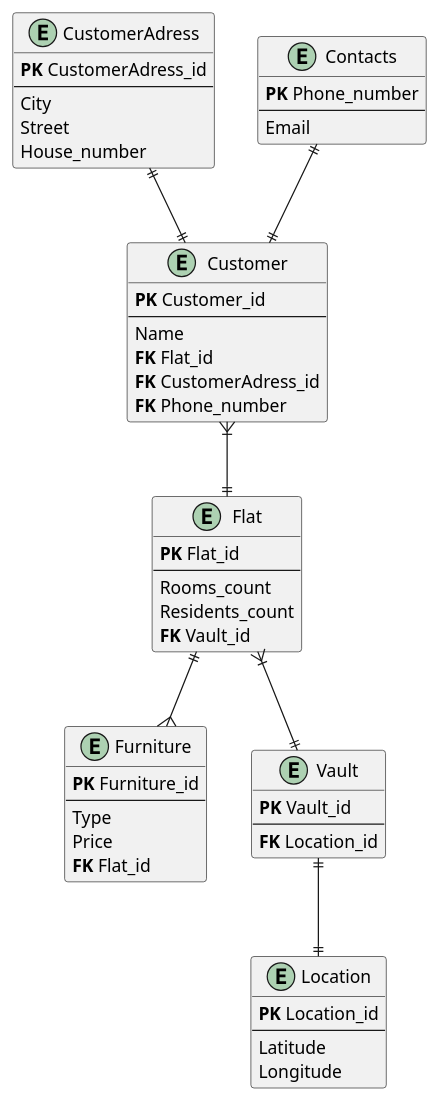
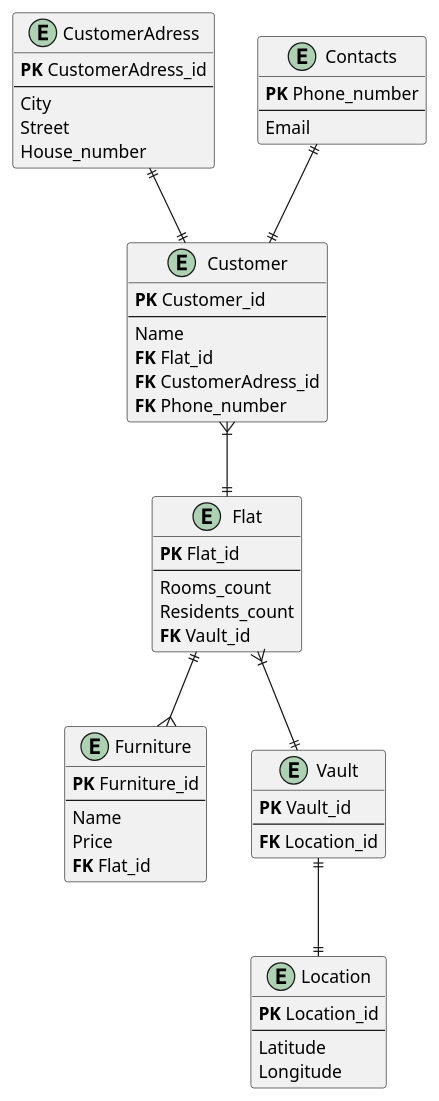
One commit to iWANbpe/Vaultbooking changed the diagram in Vaultbooking description.puml. Above: the diagram before and after it, drawn with PlantUML. The commit also changed 3 other files, not shown here.

```diff
--- a/Vaultbooking description.puml
+++ b/Vaultbooking description.puml
@@ -1,60 +1,60 @@
 @startuml
 entity CustomerAdress {
   **PK** CustomerAdress_id
   --
   City
   Street
   House_number
 }
 
 entity Contacts {
   **PK** Phone_number
   --
   Email
 }
 
 entity Customer {
   **PK** Customer_id
   --
   Name
   **FK** Flat_id
   **FK** CustomerAdress_id
   **FK** Phone_number
 }
 
 entity Flat {
   **PK** Flat_id
   --
   Rooms_count
   Residents_count
   **FK** Vault_id
 }
 
 entity Furniture {
   **PK** Furniture_id
   --
-  Type
+  Name
   Price
   **FK** Flat_id
 }
 
 entity Vault {
   **PK** Vault_id
   --
   **FK** Location_id
 }
 
 entity Location {
   **PK** Location_id
   --
   Latitude
   Longitude
 }
 
 CustomerAdress ||--|| Customer
 Contacts ||--|| Customer
 Customer }|--|| Flat
 Flat ||--{ Furniture
 Flat }|--|| Vault
 Vault ||--|| Location
 @enduml
```
